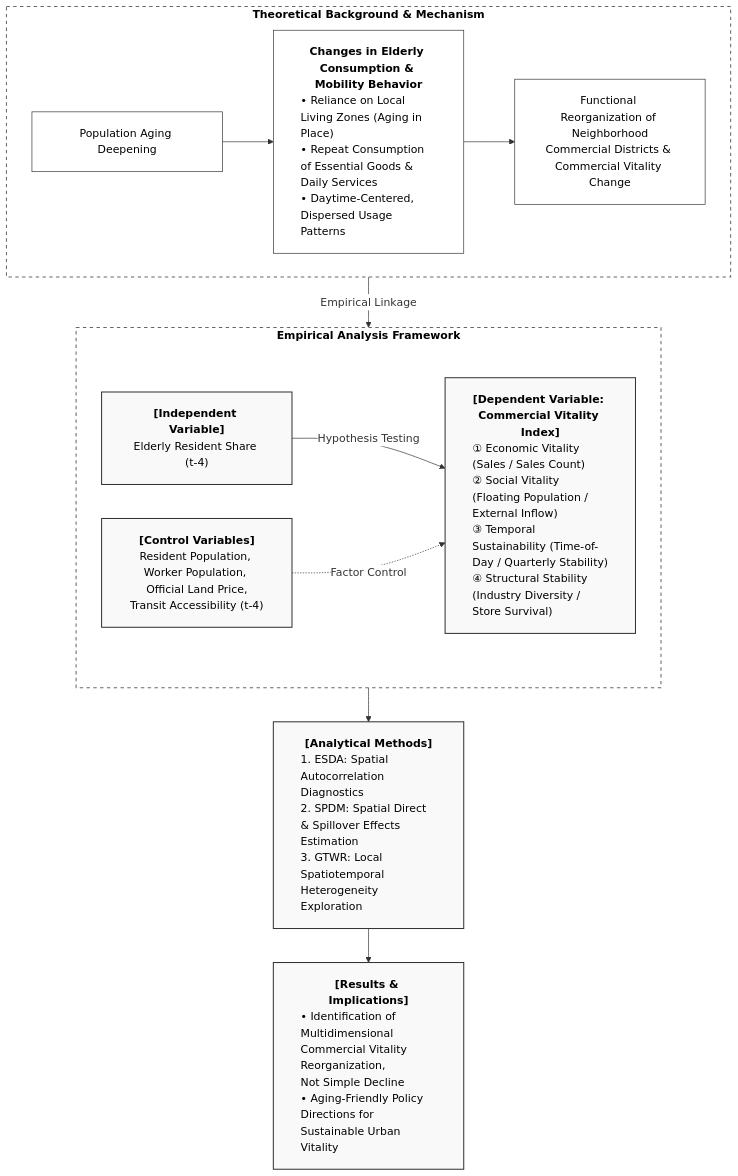
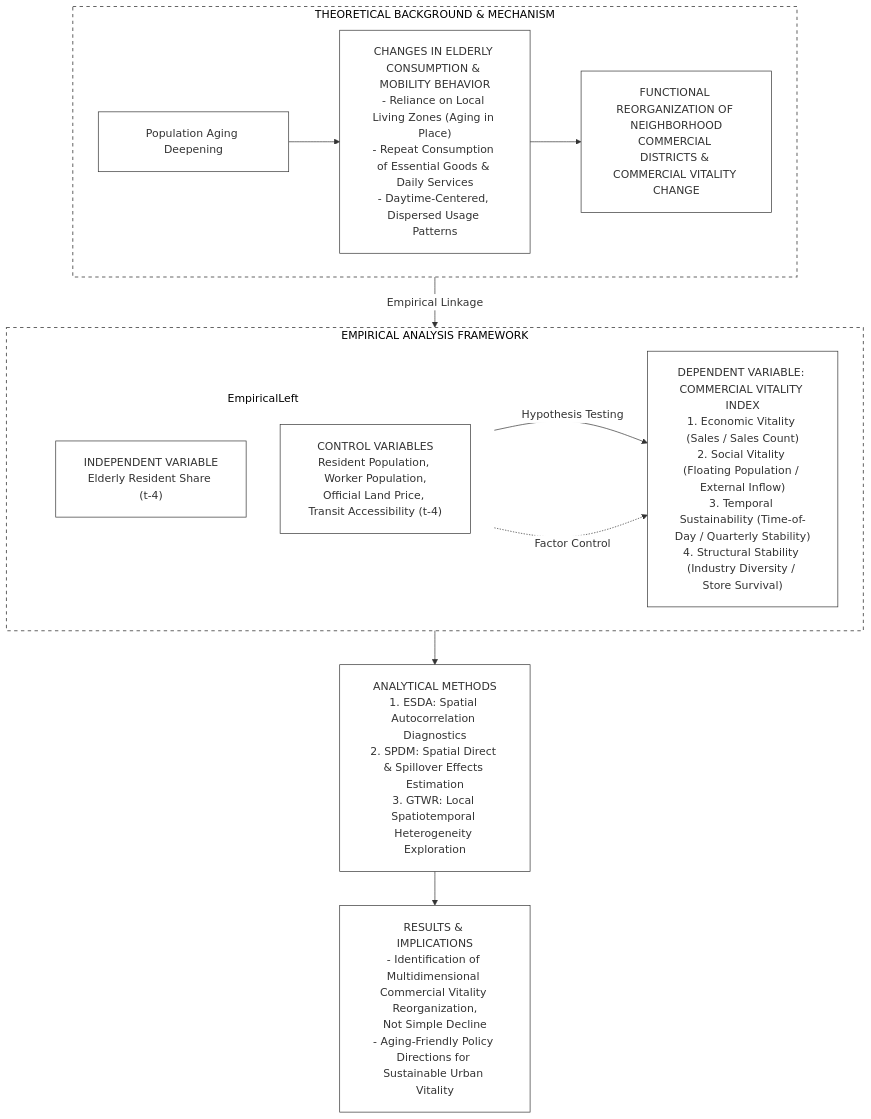
Before and after one commit to slowpacer9504/aging-commercial-vitality-seoul: the diagram in README.md, drawn with Mermaid.

Commit message:
docs: simplify research framework mermaid for reliable GitHub rendering
- Remove HTML div/b/style tags that GitHub's mermaid sanitizer strips, which caused broken line breaks and cramped boxes
- Use plain-text labels with <br/> line breaks and uppercase headers for visual hierarchy
- Keep dashed subgraph borders and nested left-column layout

````diff
--- a/README.md
+++ b/README.md
@@ -9,40 +9,35 @@
 ```mermaid
 %%{init: {'theme': 'base', 'flowchart': {'padding': 20}, 'themeVariables': { 'primaryColor': '#ffffff', 'primaryBorderColor': '#333333', 'lineColor': '#333333', 'textColor': '#000000', 'clusterBkg': 'none', 'clusterBorder': '#aaaaaa'}}}%%
-graph TD
-    %% [1] Theoretical Background & Mechanism
-    subgraph Theoretical ["<b>Theoretical Background & Mechanism</b>"]
+flowchart TD
+    subgraph Theoretical ["THEORETICAL BACKGROUND & MECHANISM"]
         direction LR
-        A["<div style='text-align:center;'>Population Aging Deepening</div>"] --> B["<div style='text-align:center;'><b>Changes in Elderly Consumption & Mobility Behavior</b><div style='text-align:left;'>• Reliance on Local Living Zones (Aging in Place)<br/>• Repeat Consumption of Essential Goods & Daily Services<br/>• Daytime-Centered, Dispersed Usage Patterns</div></div>"]
-        B --> C["<div style='text-align:center;'>Functional Reorganization of Neighborhood<br/>Commercial Districts & Commercial Vitality Change</div>"]
+        A["Population Aging Deepening"]
+        B["CHANGES IN ELDERLY CONSUMPTION & MOBILITY BEHAVIOR<br/>- Reliance on Local Living Zones (Aging in Place)<br/>- Repeat Consumption of Essential Goods & Daily Services<br/>- Daytime-Centered, Dispersed Usage Patterns"]
+        C["FUNCTIONAL REORGANIZATION OF NEIGHBORHOOD<br/>COMMERCIAL DISTRICTS & COMMERCIAL VITALITY CHANGE"]
+        A --> B --> C
     end
 
-    %% [2] Empirical Analysis Framework
-    subgraph Empirical ["<b>Empirical Analysis Framework</b>"]
-        X["<div style='text-align:center;'><b>[Independent Variable]</b><br/>Elderly Resident Share (t-4)</div>"] 
-        Z["<div style='text-align:center;'><b>[Control Variables]</b><br/>Resident Population, Worker Population, Official Land Price,<br/>Transit Accessibility (t-4)</div>"]
-        
+    subgraph Empirical ["EMPIRICAL ANALYSIS FRAMEWORK"]
+        direction LR
+        subgraph EmpiricalLeft
+            direction TB
+            X["INDEPENDENT VARIABLE<br/>Elderly Resident Share (t-4)"]
+            Z["CONTROL VARIABLES<br/>Resident Population, Worker Population,<br/>Official Land Price, Transit Accessibility (t-4)"]
+        end
+        Y["DEPENDENT VARIABLE: COMMERCIAL VITALITY INDEX<br/>1. Economic Vitality (Sales / Sales Count)<br/>2. Social Vitality (Floating Population / External Inflow)<br/>3. Temporal Sustainability (Time-of-Day / Quarterly Stability)<br/>4. Structural Stability (Industry Diversity / Store Survival)"]
         X -->|Hypothesis Testing| Y
         Z -.->|Factor Control| Y
-        
-        Y["<div style='text-align:center;'><b>[Dependent Variable: Commercial Vitality Index]</b><div style='text-align:left;'>① Economic Vitality (Sales / Sales Count)<br/>② Social Vitality (Floating Population / External Inflow)<br/>③ Temporal Sustainability (Time-of-Day / Quarterly Stability)<br/>④ Structural Stability (Industry Diversity / Store Survival)</div></div>"]
     end
 
-    %% Link
+    M["ANALYTICAL METHODS<br/>1. ESDA: Spatial Autocorrelation Diagnostics<br/>2. SPDM: Spatial Direct & Spillover Effects Estimation<br/>3. GTWR: Local Spatiotemporal Heterogeneity Exploration"]
+
+    N["RESULTS & IMPLICATIONS<br/>- Identification of Multidimensional Commercial Vitality Reorganization,<br/>Not Simple Decline<br/>- Aging-Friendly Policy Directions for Sustainable Urban Vitality"]
+
     Theoretical -->|Empirical Linkage| Empirical
+    Empirical --> M
+    M --> N
 
-    %% [3] Analytical Methods
-    Empirical --> M["<div style='text-align:center;'><b>[Analytical Methods]</b><div style='text-align:left;'>1. ESDA: Spatial Autocorrelation Diagnostics<br/>2. SPDM: Spatial Direct & Spillover Effects Estimation<br/>3. GTWR: Local Spatiotemporal Heterogeneity Exploration</div></div>"]
-
-    %% [4] Results & Implications
-    M --> N["<div style='text-align:center;'><b>[Results & Implications]</b><div style='text-align:left;'>• Identification of Multidimensional Commercial Vitality Reorganization,<br/>Not Simple Decline<br/>• Aging-Friendly Policy Directions for Sustainable Urban Vitality</div></div>"]
-
-    %% Style settings
-    classDef default fill:#ffffff,stroke:#333333,stroke-width:1px,color:#000000;
-    classDef var fill:#f9f9f9,stroke:#333333,stroke-width:1.5px,color:#000000;
-    
-    class A,B,C default;
-    class X,Y,Z,M,N var;
-    
+    style EmpiricalLeft fill:none,stroke:none
     style Theoretical fill:none,stroke:#666666,stroke-width:1.5px,stroke-dasharray: 5 5
     style Empirical fill:none,stroke:#666666,stroke-width:1.5px,stroke-dasharray: 5 5
 ```
````
